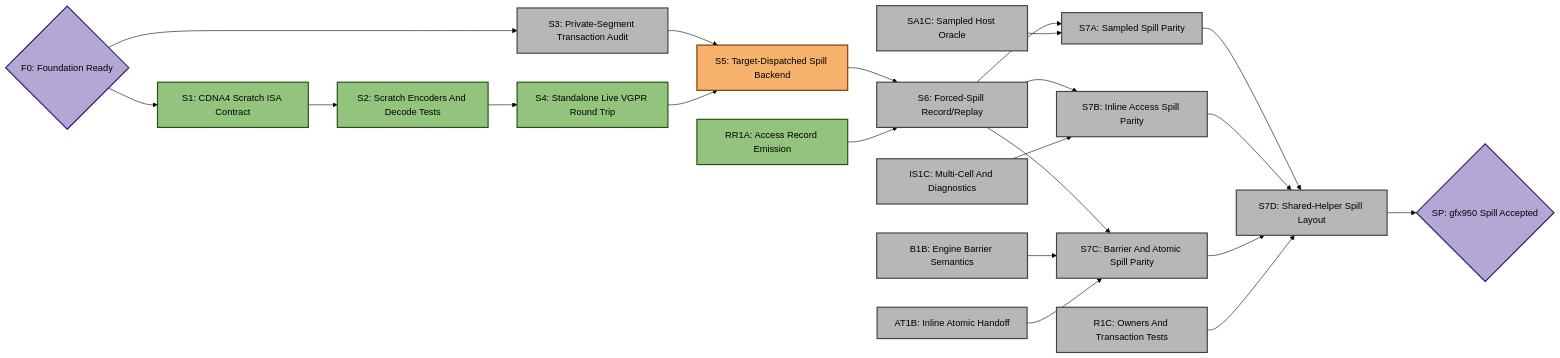
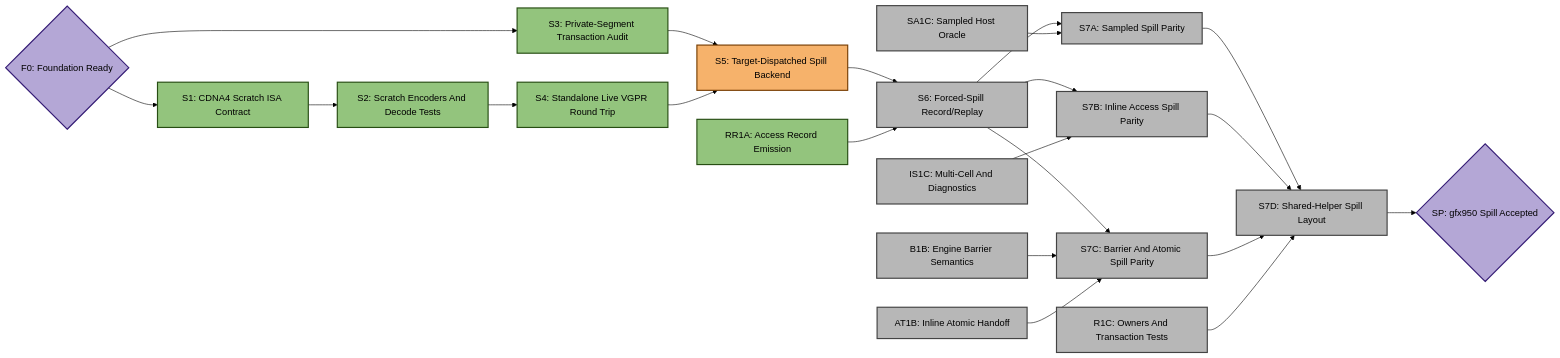
One commit to ROCm/rocm-systems changed the third of 5 diagrams in emulation/rocjitsu/docs/consan/PLAN_GFX950.md. Above: the diagram before and after it, drawn with Mermaid (forest theme). The commit also changed other lines of this file and 4 other files, not shown here.

Commit message:
rocjitsu: audit spill private dispatch transaction

````diff
--- a/emulation/rocjitsu/docs/consan/PLAN_GFX950.md
+++ b/emulation/rocjitsu/docs/consan/PLAN_GFX950.md
@@ -186,47 +193,47 @@
 ```mermaid
 flowchart LR
   F0{"F0: Foundation Ready"}:::target
   S1["S1: CDNA4 Scratch ISA Contract"]:::done
   S2["S2: Scratch Encoders And Decode Tests"]:::done
-  S3["S3: Private-Segment Transaction Audit"]:::todo
+  S3["S3: Private-Segment Transaction Audit"]:::done
   S4["S4: Standalone Live VGPR Round Trip"]:::done
   S5["S5: Target-Dispatched Spill Backend"]:::active
   RR1A["RR1A: Access Record Emission"]:::done
   S6["S6: Forced-Spill Record/Replay"]:::todo
   SA1C["SA1C: Sampled Host Oracle"]:::todo
   IS1C["IS1C: Multi-Cell And Diagnostics"]:::todo
   B1B["B1B: Engine Barrier Semantics"]:::todo
   AT1B["AT1B: Inline Atomic Handoff"]:::todo
   R1C["R1C: Owners And Transaction Tests"]:::todo
   S7A["S7A: Sampled Spill Parity"]:::todo
   S7B["S7B: Inline Access Spill Parity"]:::todo
   S7C["S7C: Barrier And Atomic Spill Parity"]:::todo
   S7D["S7D: Shared-Helper Spill Layout"]:::todo
   SP{"SP: gfx950 Spill Accepted"}:::target
 
   F0 --> S1
   F0 --> S3
   S1 --> S2
   S2 --> S4
   S3 --> S5
   S4 --> S5
   S5 --> S6
   RR1A --> S6
   S6 --> S7A
   SA1C --> S7A
   S6 --> S7B
   IS1C --> S7B
   S6 --> S7C
   B1B --> S7C
   AT1B --> S7C
   S7A --> S7D
   S7B --> S7D
   S7C --> S7D
   R1C --> S7D
   S7D --> SP
 
   classDef done fill:#93c47d,stroke:#274e13,stroke-width:2px,color:#000;
   classDef active fill:#f6b26b,stroke:#783f04,stroke-width:2px,color:#000;
   classDef todo fill:#b7b7b7,stroke:#434343,stroke-width:2px,color:#000;
   classDef target fill:#b4a7d6,stroke:#351c75,stroke-width:2px,color:#000;
 ```
````
